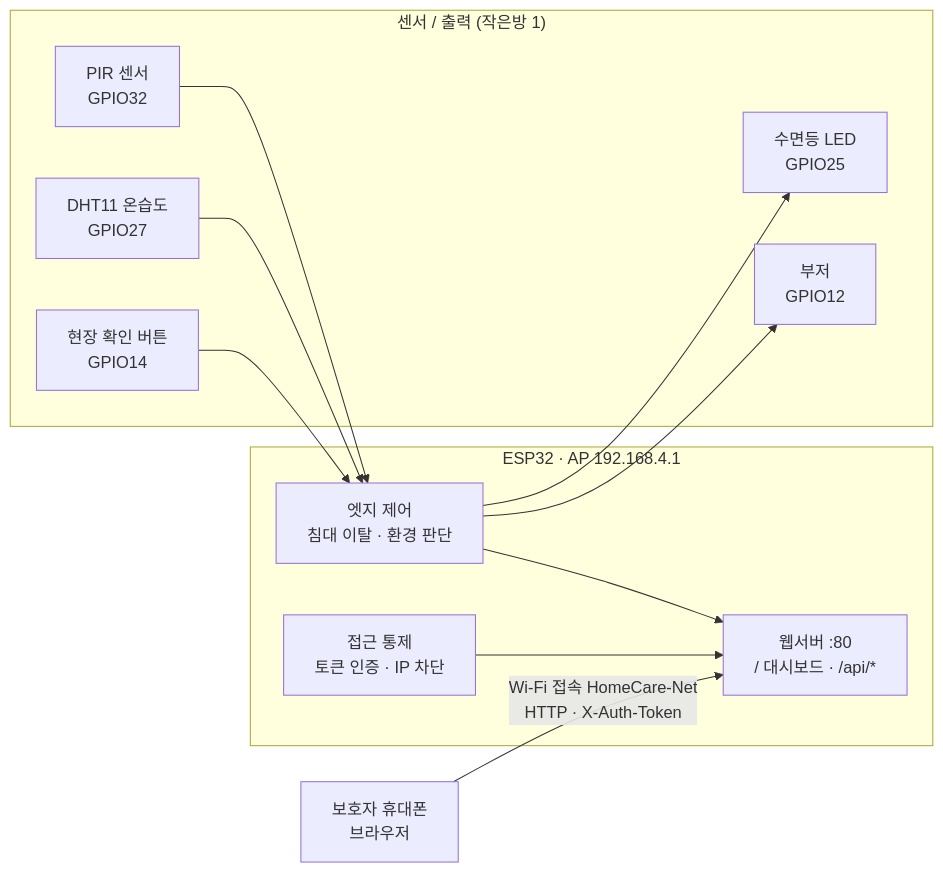
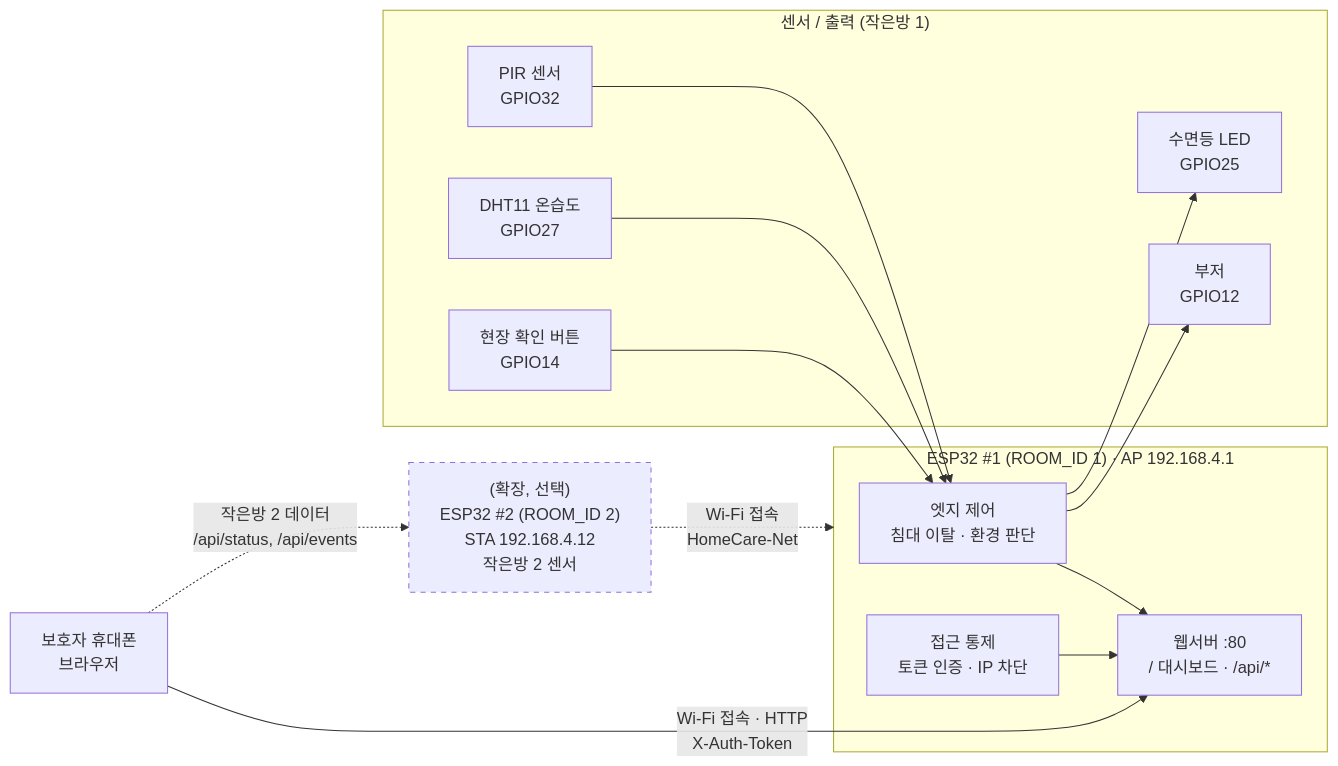
Before and after one commit to reru721001-sketch/physical-mission-1: the diagram in README.md, drawn with Mermaid. The commit also changed other lines of this file, not shown here.

Commit message:
README 아키텍처: ESP32 #2를 확장(선택) 구성으로 표시

````diff
--- a/README.md
+++ b/README.md
@@ -7,28 +7,32 @@
 ```mermaid
 flowchart LR
     subgraph Sensors["센서 / 출력 (작은방 1)"]
         PIR["PIR 센서<br/>GPIO32"]
         DHT["DHT11 온습도<br/>GPIO27"]
         BTN["현장 확인 버튼<br/>GPIO14"]
         LED["수면등 LED<br/>GPIO25"]
         BUZ["부저<br/>GPIO12"]
     end
 
-    subgraph ESP1["ESP32 · AP 192.168.4.1"]
+    subgraph ESP1["ESP32 #1 (ROOM_ID 1) · AP 192.168.4.1"]
         EDGE["엣지 제어<br/>침대 이탈 · 환경 판단"]
         AUTH["접근 통제<br/>토큰 인증 · IP 차단"]
         WEB["웹서버 :80<br/>/ 대시보드 · /api/*"]
         EDGE --> WEB
         AUTH --> WEB
     end
 
+    ESP2["(확장, 선택)<br/>ESP32 #2 (ROOM_ID 2)<br/>STA 192.168.4.12<br/>작은방 2 센서"]
+    style ESP2 stroke-dasharray: 5 5
     PHONE["보호자 휴대폰<br/>브라우저"]
 
     PIR --> EDGE
     DHT --> EDGE
     BTN --> EDGE
     EDGE --> LED
     EDGE --> BUZ
 
-    PHONE -- "Wi-Fi 접속 HomeCare-Net<br/>HTTP · X-Auth-Token" --> WEB
+    ESP2 -. "Wi-Fi 접속<br/>HomeCare-Net" .-> ESP1
+    PHONE -- "Wi-Fi 접속 · HTTP<br/>X-Auth-Token" --> WEB
+    PHONE -. "작은방 2 데이터<br/>/api/status, /api/events" .-> ESP2
 ```
````
